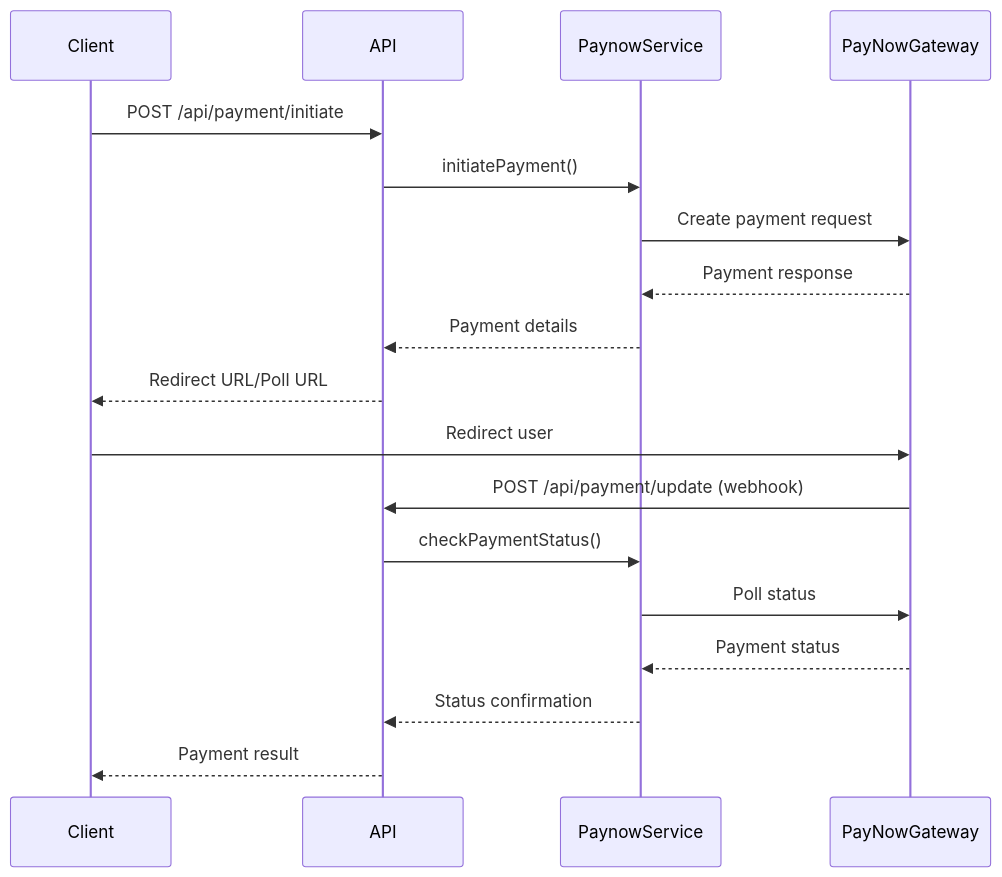
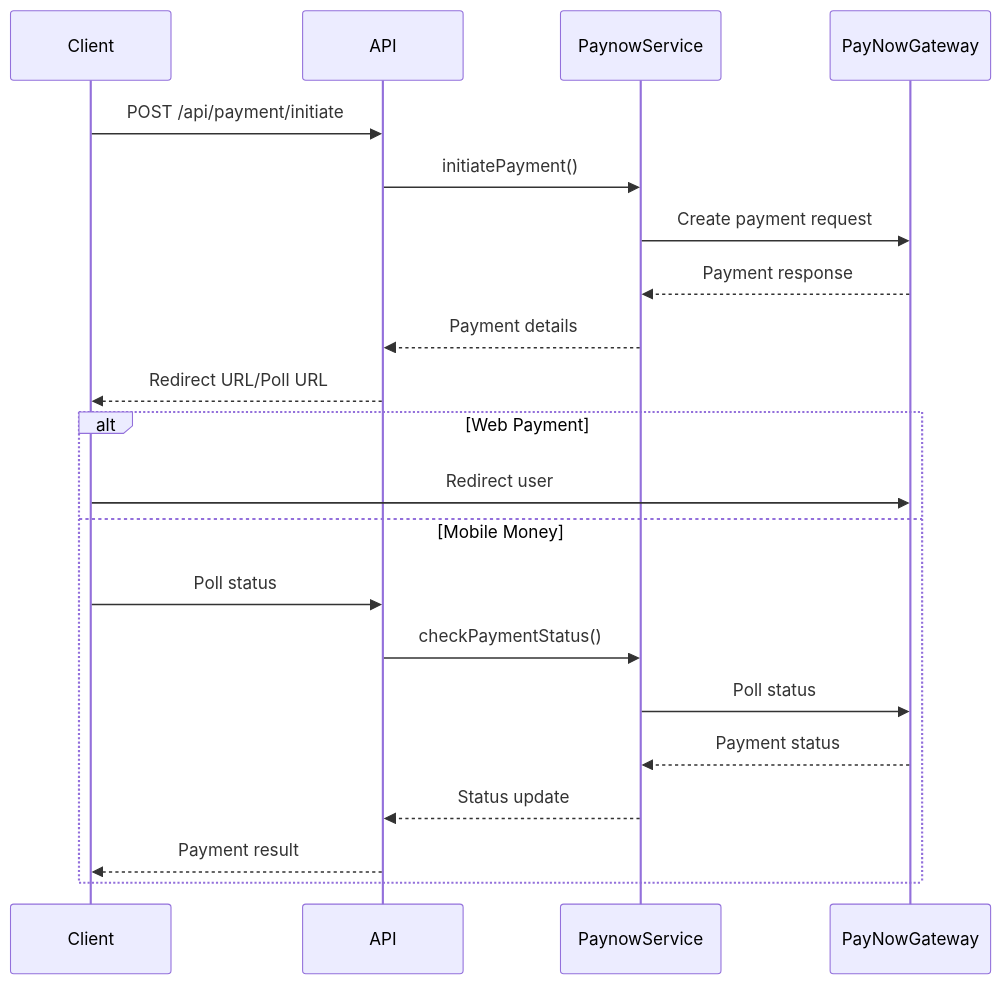
One commit to DevKudzie/paynow-nextjs-demo changed the second of 2 diagrams in README.md. Above: the diagram before and after it, drawn with Mermaid. The commit also changed other lines of this file and 7 other files, not shown here.

````diff
--- a/README.md
+++ b/README.md
@@ -110,21 +154,25 @@
 ```mermaid
 sequenceDiagram
     participant Client
     participant API
     participant PaynowService
     participant PayNowGateway
 
     Client->>API: POST /api/payment/initiate
     API->>PaynowService: initiatePayment()
     PaynowService->>PayNowGateway: Create payment request
     PayNowGateway-->>PaynowService: Payment response
     PaynowService-->>API: Payment details
     API-->>Client: Redirect URL/Poll URL
-    Client->>PayNowGateway: Redirect user
-    PayNowGateway->>API: POST /api/payment/update (webhook)
-    API->>PaynowService: checkPaymentStatus()
-    PaynowService->>PayNowGateway: Poll status
-    PayNowGateway-->>PaynowService: Payment status
-    PaynowService-->>API: Status confirmation
-    API-->>Client: Payment result
+    
+    alt Web Payment
+        Client->>PayNowGateway: Redirect user
+    else Mobile Money
+        Client->>API: Poll status
+        API->>PaynowService: checkPaymentStatus()
+        PaynowService->>PayNowGateway: Poll status
+        PayNowGateway-->>PaynowService: Payment status
+        PaynowService-->>API: Status update
+        API-->>Client: Payment result
+    end
 ```
````
